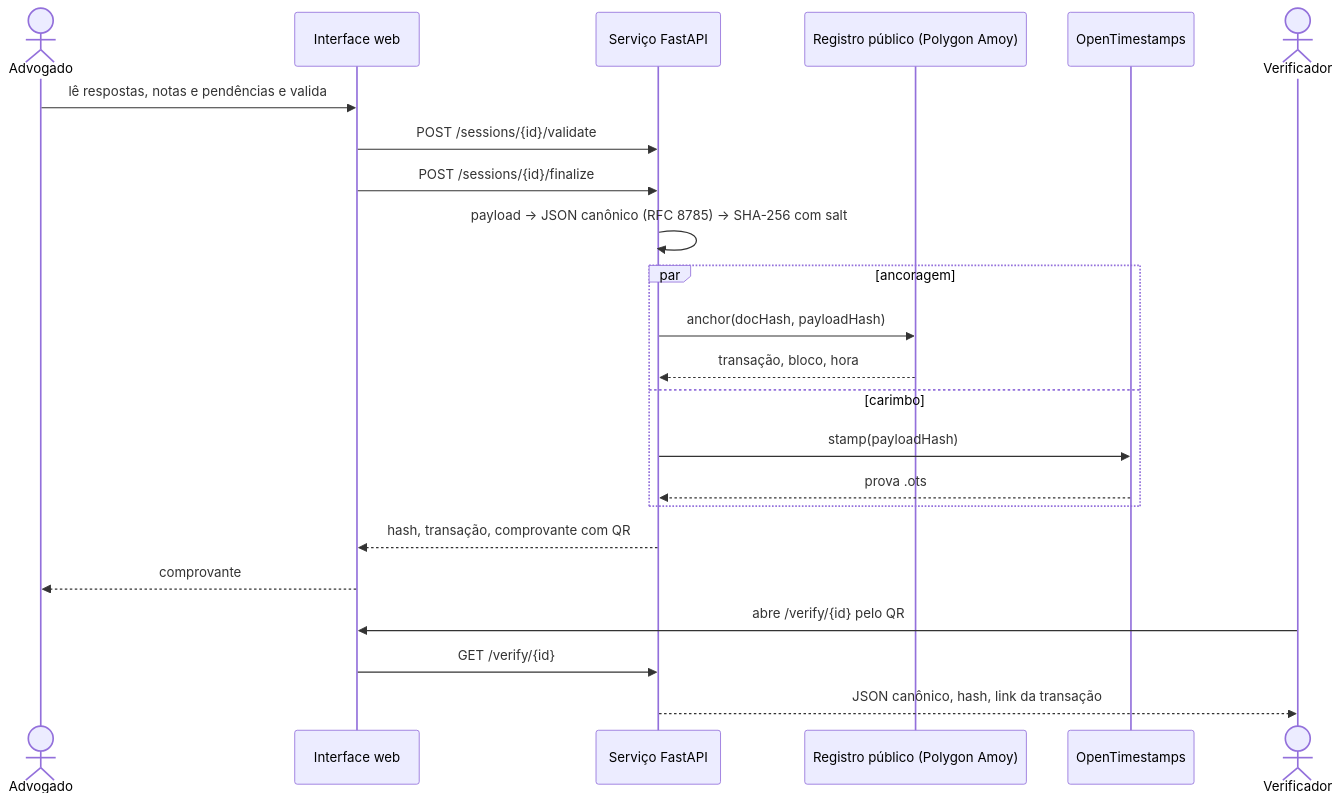
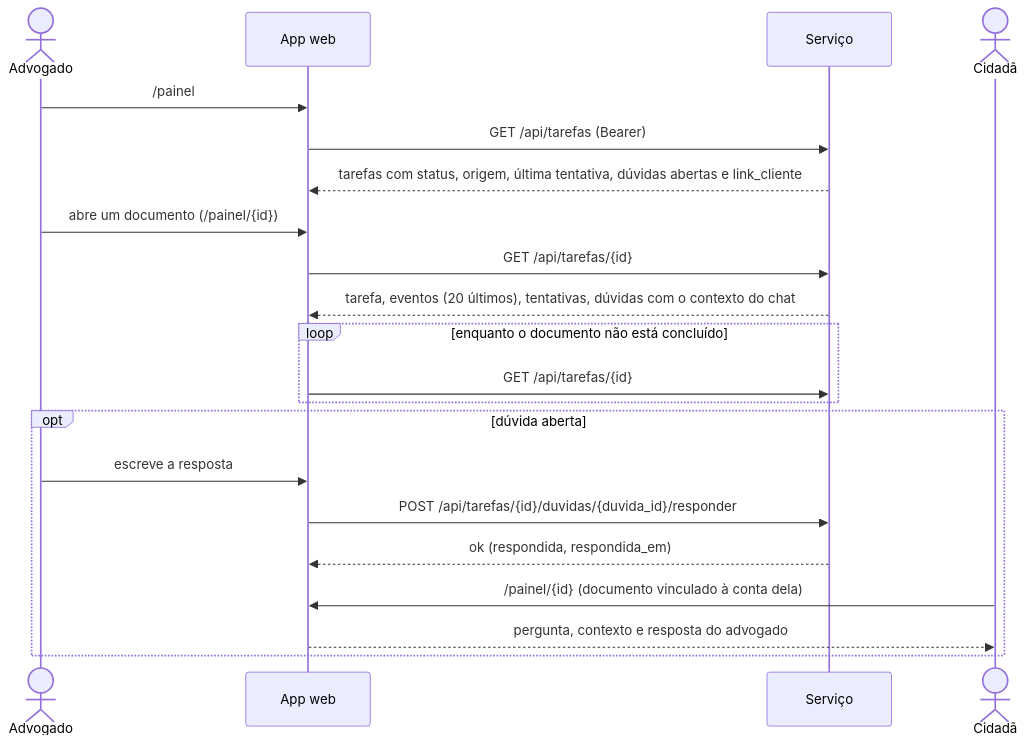
The ninth of 10 diagrams in apps/web/content/docs/USE-CASES.md (deegalabs/leia), drawn with Mermaid before and after one commit. The commit also changed other lines of this file and 2 other files, not shown here.

Commit message:
docs: use-case diagram, task state diagram and sequence diagrams for every use case with the real v3 routes

````diff
--- a/apps/web/content/docs/USE-CASES.md
+++ b/apps/web/content/docs/USE-CASES.md
@@ -92,25 +235,23 @@
 ```mermaid
 sequenceDiagram
   actor A as Advogado
-  participant W as Interface web
-  participant S as Serviço FastAPI
-  participant R as Registro público (Polygon Amoy)
-  participant O as OpenTimestamps
-  actor V as Verificador
-  A->>W: lê respostas, notas e pendências e valida
-  W->>S: POST /sessions/{id}/validate
-  W->>S: POST /sessions/{id}/finalize
-  S->>S: payload → JSON canônico (RFC 8785) → SHA-256 com salt
-  par ancoragem
-    S->>R: anchor(docHash, payloadHash)
-    R-->>S: transação, bloco, hora
-  and carimbo
-    S->>O: stamp(payloadHash)
-    O-->>S: prova .ots
+  participant W as App web
+  participant S as Serviço
+  actor C as Cidadã
+  A->>W: /painel
+  W->>S: GET /api/tarefas (Bearer)
+  S-->>W: tarefas com status, origem, última tentativa, dúvidas abertas e link_cliente
+  A->>W: abre um documento (/painel/{id})
+  W->>S: GET /api/tarefas/{id}
+  S-->>W: tarefa, eventos (20 últimos), tentativas, dúvidas com o contexto do chat
+  loop enquanto o documento não está concluído
+    W->>S: GET /api/tarefas/{id}
   end
-  S-->>W: hash, transação, comprovante com QR
-  W-->>A: comprovante
-  V->>W: abre /verify/{id} pelo QR
-  W->>S: GET /verify/{id}
-  S-->>V: JSON canônico, hash, link da transação
+  opt dúvida aberta
+    A->>W: escreve a resposta
+    W->>S: POST /api/tarefas/{id}/duvidas/{duvida_id}/responder
+    S-->>W: ok (respondida, respondida_em)
+    C->>W: /painel/{id} (documento vinculado à conta dela)
+    W-->>C: pergunta, contexto e resposta do advogado
+  end
 ```
````
